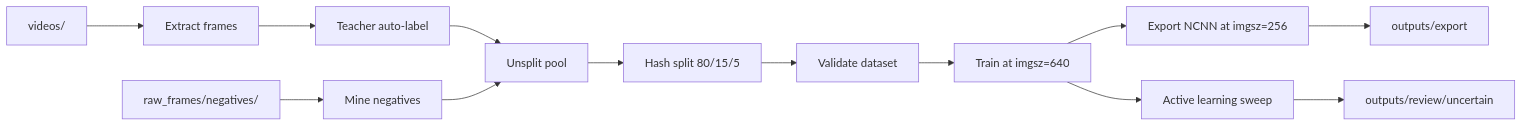
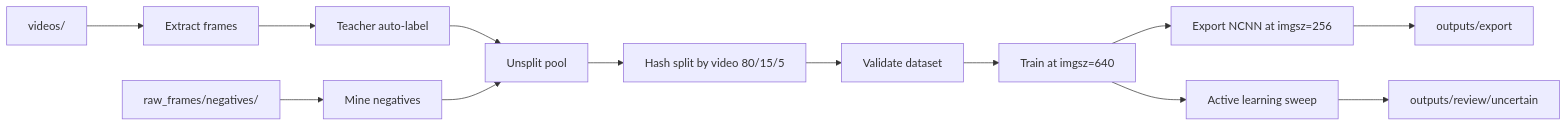
One commit to 1337Xcode/AimBuddy changed the second of 3 diagrams in docs/Training.md. Above: the diagram before and after it, drawn with Mermaid. The commit also changed other lines of this file and 3 other files, not shown here.

Commit message:
docs(training): note the split by video and what a general model needs

````diff
--- a/docs/Training.md
+++ b/docs/Training.md
@@ -43,15 +43,15 @@
 ```mermaid
 flowchart LR
     V[videos/] --> X[Extract frames]
     X --> T[Teacher auto-label]
     N[raw_frames/negatives/] --> M[Mine negatives]
     T --> U[Unsplit pool]
     M --> U
-    U --> S[Hash split 80/15/5]
+    U --> S[Hash split by video 80/15/5]
     S --> D[Validate dataset]
     D --> TR[Train at imgsz=640]
     TR --> EX[Export NCNN at imgsz=256]
     EX --> DEP[outputs/export]
     TR --> AL[Active learning sweep]
     AL --> R[outputs/review/uncertain]
 ```
````
